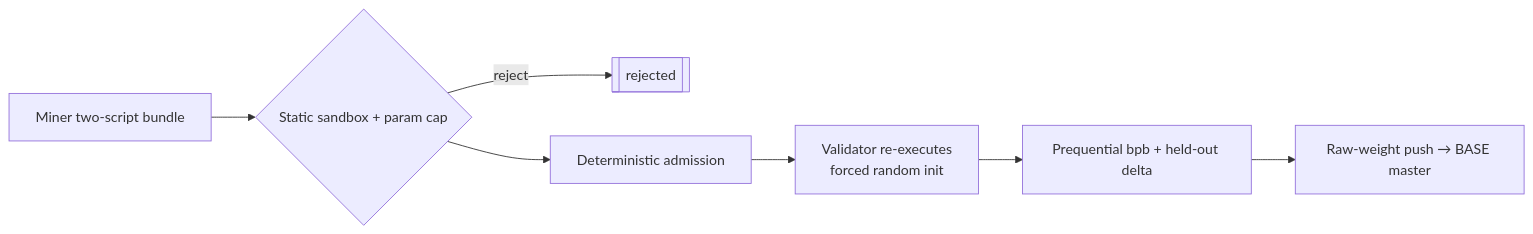
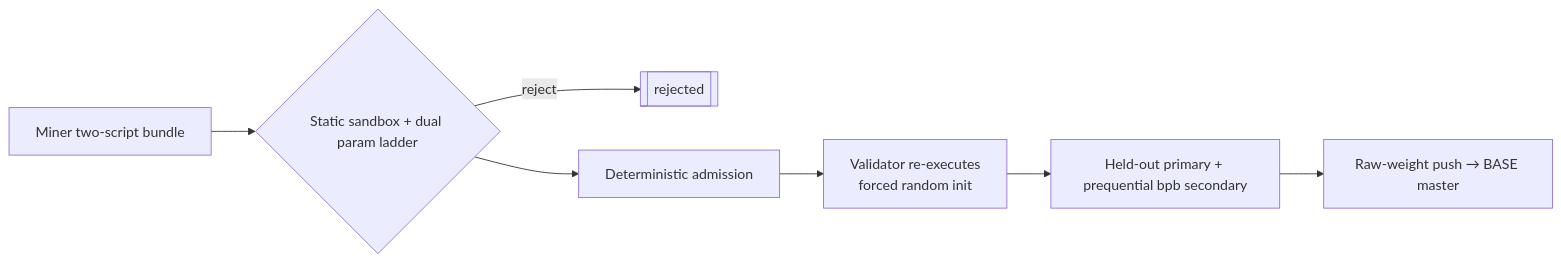
One commit to BaseIntelligence/prism changed the diagram in README.md. Above: the diagram before and after it, drawn with Mermaid. The commit also changed other lines of this file and 12 other files, not shown here.

First line of the commit message:
docs(prism): research-lab identity, 124M→350M ladder, emission held-out primary

````diff
--- a/README.md
+++ b/README.md
@@ -51,9 +84,9 @@
 ```mermaid
 flowchart LR
-    M[Miner two-script bundle] --> G{Static sandbox + param cap}
+    M[Miner two-script bundle] --> G{Static sandbox + dual param ladder}
     G -- reject --> X[[rejected]]
     G --> A[Deterministic admission]
     A --> V[Validator re-executes<br/>forced random init]
-    V --> S[Prequential bpb + held-out delta]
+    V --> S[Held-out primary + prequential bpb secondary]
     S --> W[Raw-weight push → BASE master]
 ```
````
